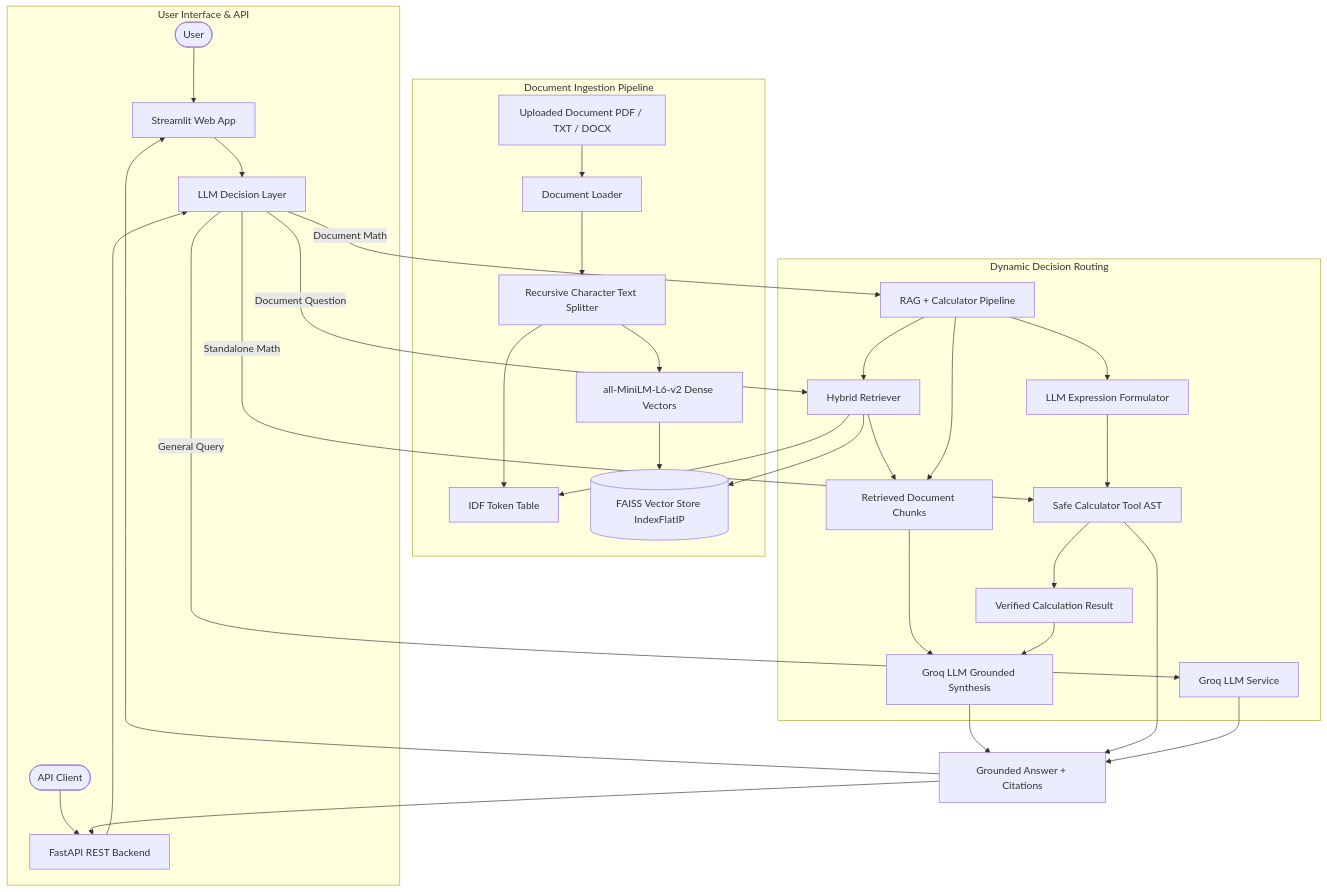
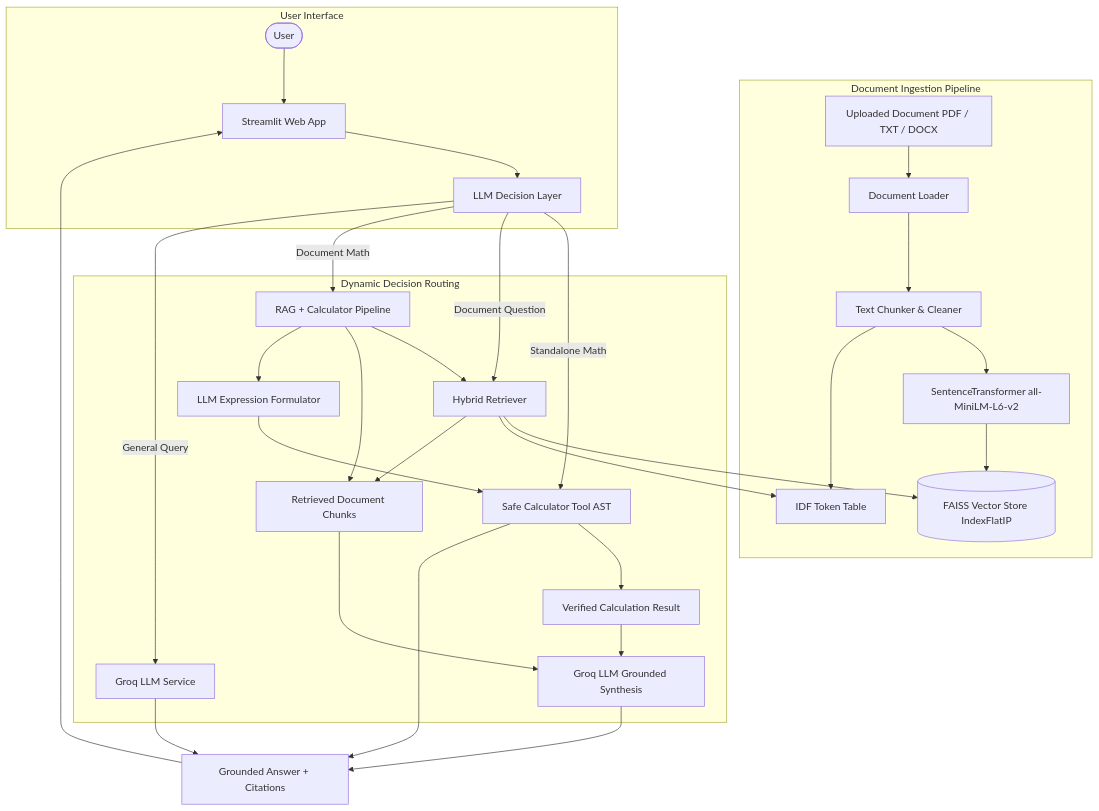
Before and after one commit to karanrathore2605/FinalProject: the diagram in README.md, drawn with Mermaid. The commit also changed other lines of this file and 39 other files, not shown here.

Commit message:
feat: implement conversational memory and update embeddings to all-MiniLM-L6-v2

````diff
--- a/README.md
+++ b/README.md
@@ -40,42 +39,39 @@
 ```mermaid
 flowchart TD
     subgraph Ingestion["Document Ingestion Pipeline"]
         Doc[Uploaded Document PDF / TXT / DOCX] --> Loader[Document Loader]
-        Loader --> Chunker[Recursive Character Text Splitter]
-        Chunker --> Embeddings[all-MiniLM-L6-v2 Dense Vectors]
+        Loader --> Chunker[Text Chunker & Cleaner]
+        Chunker --> Embeddings[SentenceTransformer all-MiniLM-L6-v2]
         Chunker --> IDF[IDF Token Table]
         Embeddings --> FAISS[(FAISS Vector Store IndexFlatIP)]
     end
 
-    subgraph UserInteraction["User Interface & API"]
+    subgraph UserInteraction["User Interface"]
         User([User]) --> UI[Streamlit Web App]
-        Client([API Client]) --> FastAPI[FastAPI REST Backend]
         UI --> DecisionLayer[LLM Decision Layer]
-        FastAPI --> DecisionLayer
     end
 
     subgraph DecisionRouting["Dynamic Decision Routing"]
         DecisionLayer -->|Standalone Math| CalcTool[Safe Calculator Tool AST]
         DecisionLayer -->|Document Question| Retriever[Hybrid Retriever]
         DecisionLayer -->|Document Math| HybridFlow[RAG + Calculator Pipeline]
         DecisionLayer -->|General Query| DirectLLM[Groq LLM Service]
 
         Retriever --> FAISS
         Retriever --> IDF
         Retriever --> Context[Retrieved Document Chunks]
         Context --> LLMAnswer[Groq LLM Grounded Synthesis]
 
         HybridFlow --> Retriever
         HybridFlow --> Context
         HybridFlow --> FormulaExtract[LLM Expression Formulator]
         FormulaExtract --> CalcTool
         CalcTool --> VerifiedMath[Verified Calculation Result]
         VerifiedMath --> LLMAnswer
     end
 
     LLMAnswer --> ResponseCard[Grounded Answer + Citations]
     CalcTool --> ResponseCard
     DirectLLM --> ResponseCard
     ResponseCard --> UI
-    ResponseCard --> FastAPI
 ```
````
